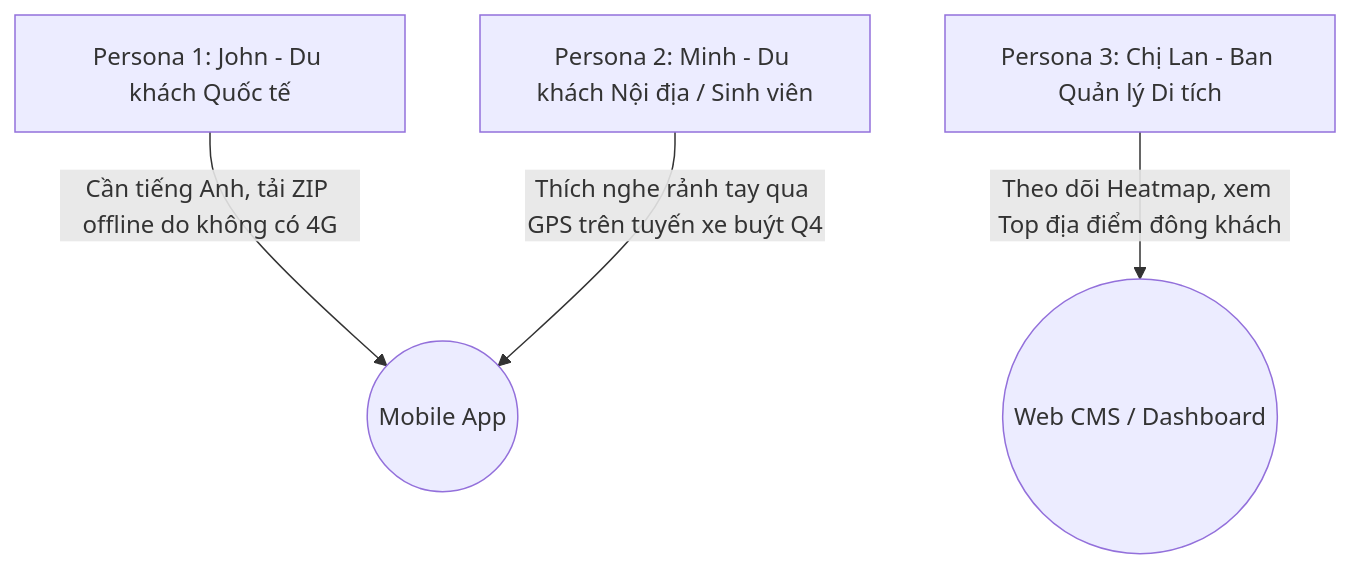
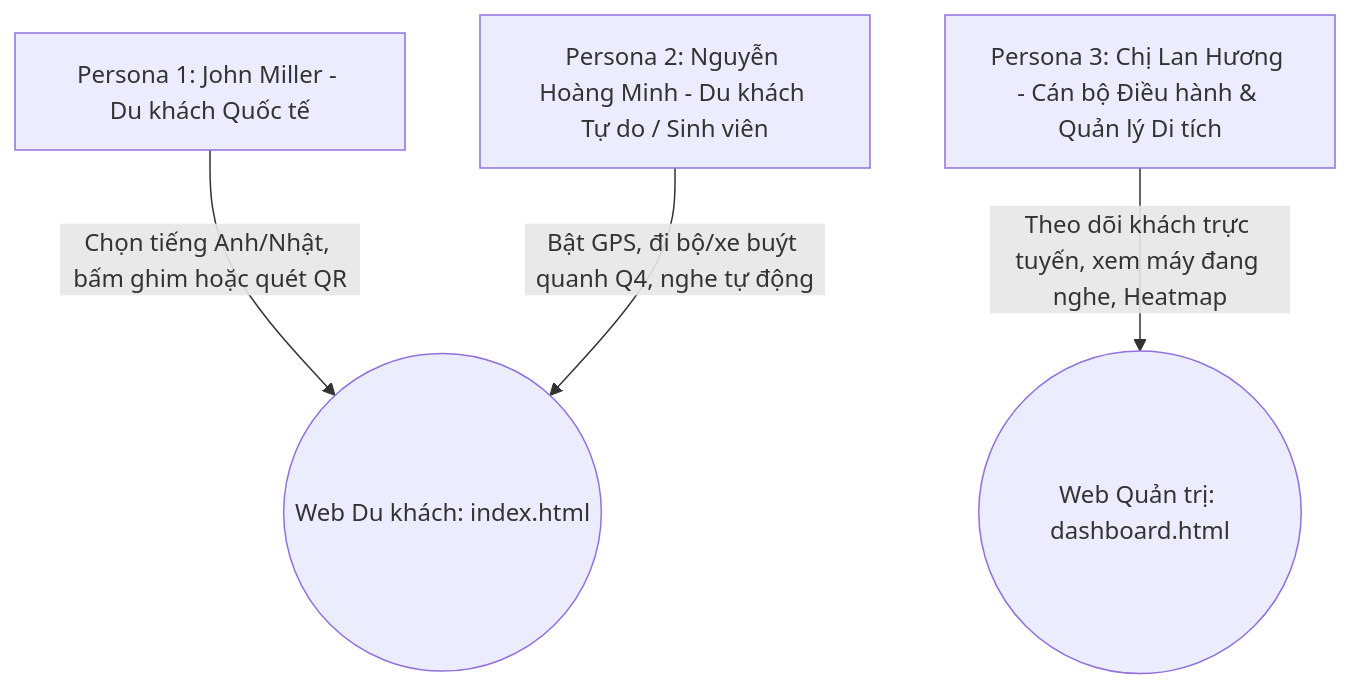
Before and after one commit to HuynhQuang16032006/Multi_Languages_Automatic_Translation: the first of 3 diagrams in docs/PRD.md, drawn with Mermaid. The commit also changed other lines of this file and 4 other files, not shown here.

````diff
--- a/docs/PRD.md
+++ b/docs/PRD.md
@@ -29,10 +33,10 @@
 ```mermaid
 graph TD
-    User1[Persona 1: John - Du khách Quốc tế]
-    User2[Persona 2: Minh - Du khách Nội địa / Sinh viên]
-    User3[Persona 3: Chị Lan - Ban Quản lý Di tích]
+    User1[Persona 1: John Miller - Du khách Quốc tế]
+    User2[Persona 2: Nguyễn Hoàng Minh - Du khách Tự do / Sinh viên]
+    User3[Persona 3: Chị Lan Hương - Cán bộ Điều hành & Quản lý Di tích]
 
-    User1 -->|Cần tiếng Anh, tải ZIP offline do không có 4G| AppMobile((Mobile App))
-    User2 -->|Thích nghe rảnh tay qua GPS trên tuyến xe buýt Q4| AppMobile
-    User3 -->|Theo dõi Heatmap, xem Top địa điểm đông khách| WebCMS((Web CMS / Dashboard))
+    User1 -->|Chọn tiếng Anh/Nhật, bấm ghim hoặc quét QR| GuestWeb((Web Du khách: index.html))
+    User2 -->|Bật GPS, đi bộ/xe buýt quanh Q4, nghe tự động| GuestWeb
+    User3 -->|Theo dõi khách trực tuyến, xem máy đang nghe, Heatmap| AdminWeb((Web Quản trị: dashboard.html))
 ```
````
